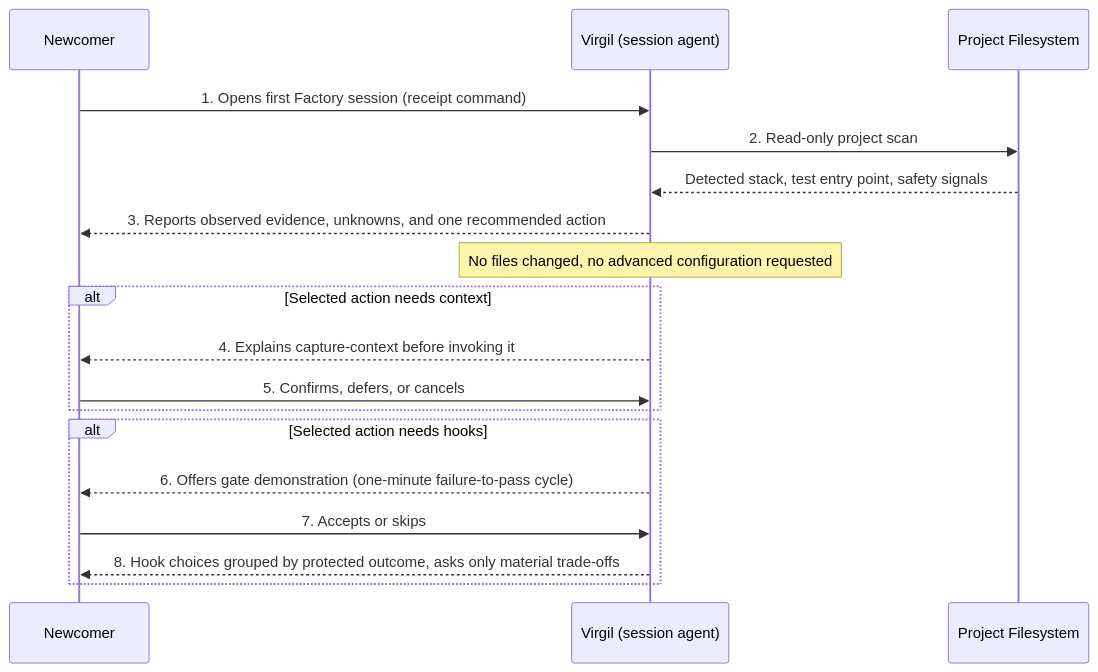
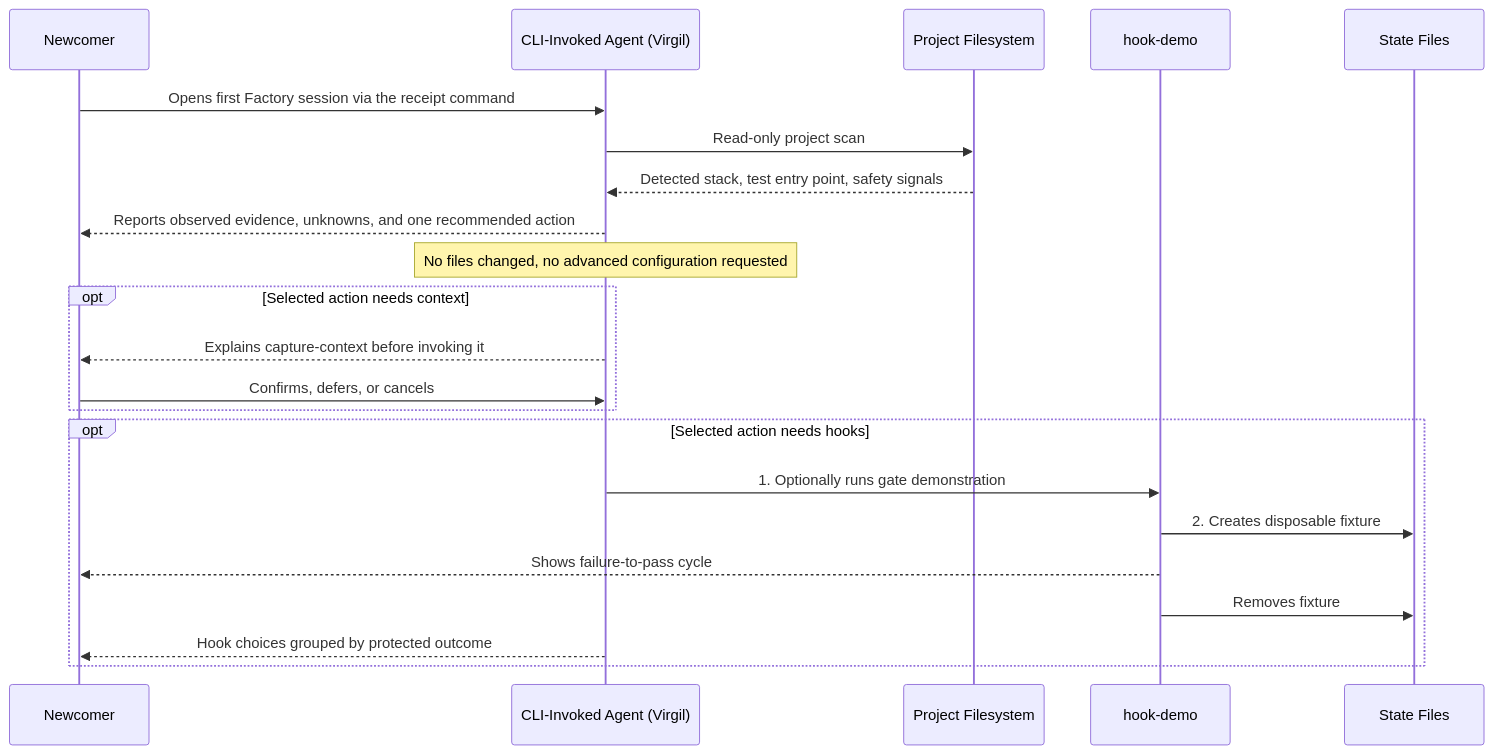
One commit to matthiasdaues/agent_factory changed diagram 15 of 17 in docs/arc42/06_runtime_view.md. Above: the diagram before and after it, drawn with Mermaid. The commit also changed other lines of this file and 32 other files, not shown here.

````diff
--- a/docs/arc42/06_runtime_view.md
+++ b/docs/arc42/06_runtime_view.md
@@ -412,21 +416,25 @@
 ```mermaid
 sequenceDiagram
     participant N as Newcomer
-    participant V as Virgil (session agent)
+    participant V as CLI-Invoked Agent (Virgil)
     participant FS as Project Filesystem
+    participant HD as hook-demo
+    participant SF as State Files
 
-    N->>V: 1. Opens first Factory session (receipt command)
-    V->>FS: 2. Read-only project scan
+    N->>V: Opens first Factory session via the receipt command
+    V->>FS: Read-only project scan
     FS-->>V: Detected stack, test entry point, safety signals
-    V-->>N: 3. Reports observed evidence, unknowns, and one recommended action
+    V-->>N: Reports observed evidence, unknowns, and one recommended action
     Note over V: No files changed, no advanced configuration requested
-    alt Selected action needs context
-        V-->>N: 4. Explains capture-context before invoking it
-        N->>V: 5. Confirms, defers, or cancels
+    opt Selected action needs context
+        V-->>N: Explains capture-context before invoking it
+        N->>V: Confirms, defers, or cancels
     end
-    alt Selected action needs hooks
-        V-->>N: 6. Offers gate demonstration (one-minute failure-to-pass cycle)
-        N->>V: 7. Accepts or skips
-        V-->>N: 8. Hook choices grouped by protected outcome, asks only material trade-offs
+    opt Selected action needs hooks
+        V->>HD: 1. Optionally runs gate demonstration
+        HD->>SF: 2. Creates disposable fixture
+        HD-->>N: Shows failure-to-pass cycle
+        HD->>SF: Removes fixture
+        V-->>N: Hook choices grouped by protected outcome
     end
 ```
````
